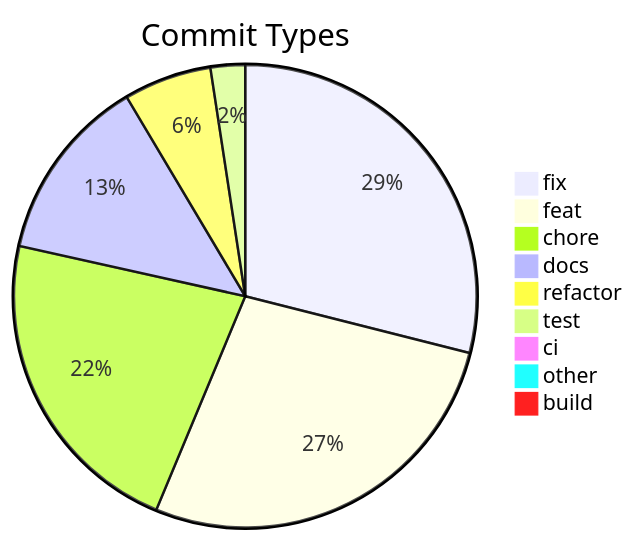
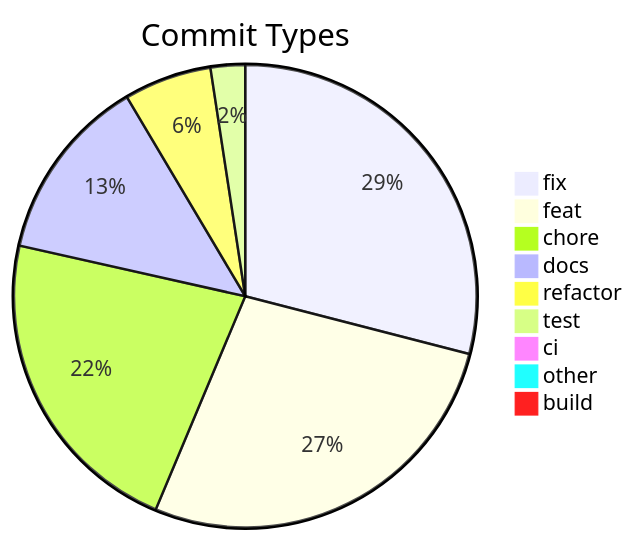
Before and after one commit to svenroth-ai/shipwright: the diagram in .shipwright/compliance/change-history.md, drawn with Mermaid. The commit also changed other lines of this file and 29 other files, not shown here.

````diff
--- a/.shipwright/compliance/change-history.md
+++ b/.shipwright/compliance/change-history.md
@@ -8,12 +8,12 @@
 ```mermaid
 pie title Commit Types
-    "fix" : 288
+    "fix" : 289
     "feat" : 272
     "chore" : 221
     "docs" : 129
     "refactor" : 61
     "test" : 24
     "ci" : 7
     "other" : 7
     "build" : 1
 ```
````
